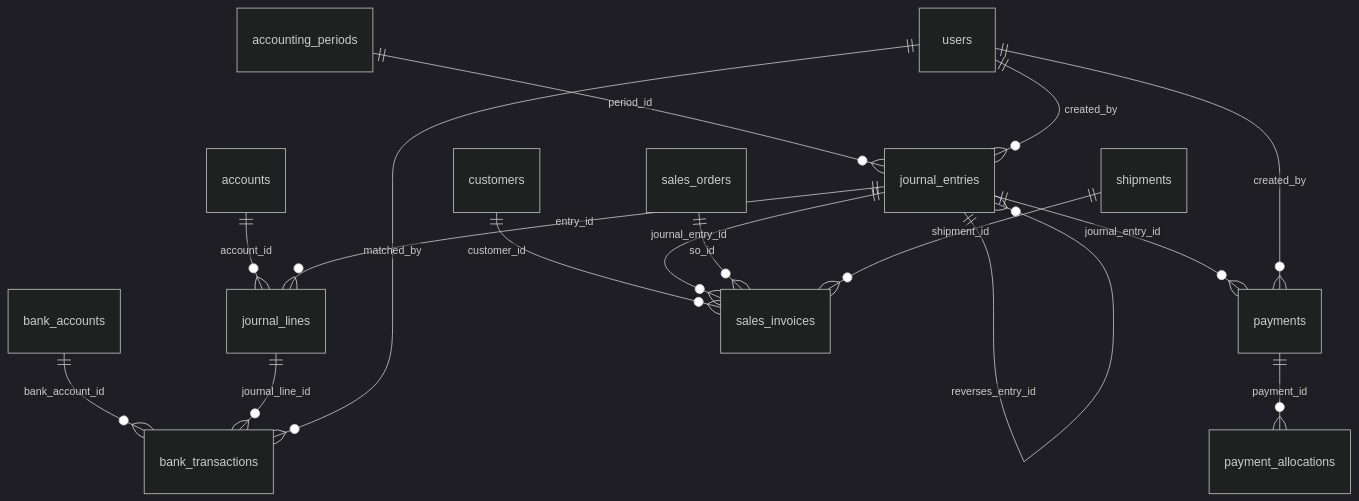
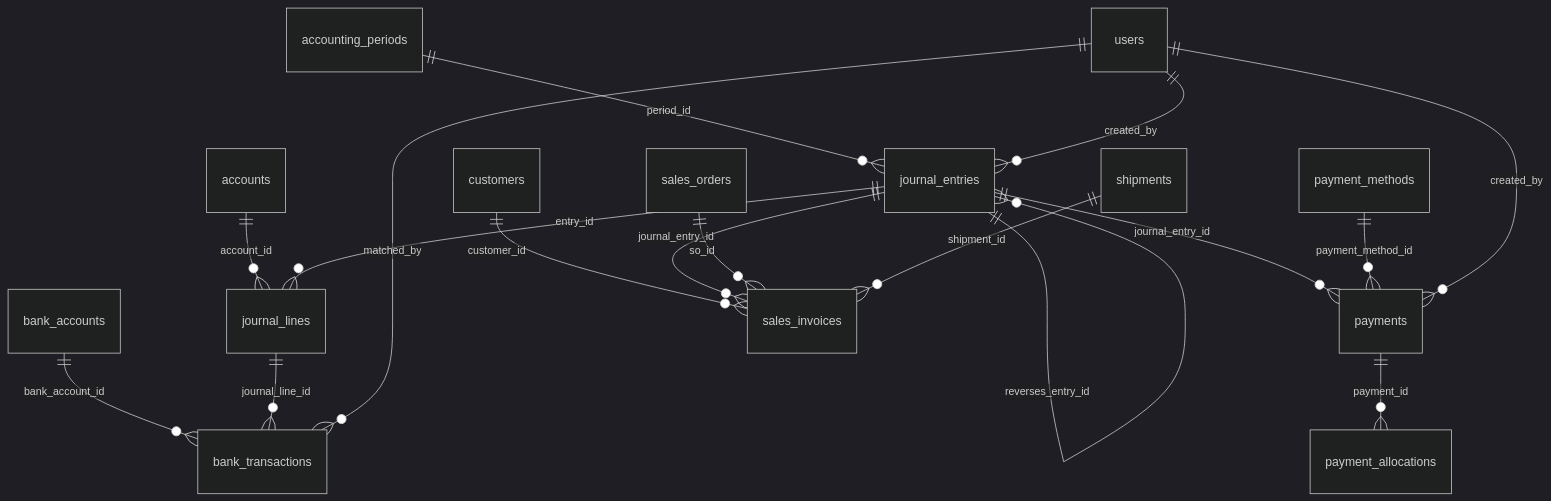
One commit to vatsal04-02/mintree changed diagram 12 of 16 in docs/ENTITY_RELATIONSHIP_MAP.md. Above: the diagram before and after it, drawn with Mermaid (dark theme). The commit also changed other lines of this file and 12 other files, not shown here.

````diff
--- a/docs/ENTITY_RELATIONSHIP_MAP.md
+++ b/docs/ENTITY_RELATIONSHIP_MAP.md
@@ -320,18 +338,19 @@
 ```mermaid
 erDiagram
     bank_accounts ||--o{ bank_transactions : "bank_account_id"
     journal_lines ||--o{ bank_transactions : "journal_line_id"
     users ||--o{ bank_transactions : "matched_by"
     accounting_periods ||--o{ journal_entries : "period_id"
     journal_entries ||--o{ journal_entries : "reverses_entry_id"
     users ||--o{ journal_entries : "created_by"
     accounts ||--o{ journal_lines : "account_id"
     journal_entries ||--o{ journal_lines : "entry_id"
     payments ||--o{ payment_allocations : "payment_id"
     journal_entries ||--o{ payments : "journal_entry_id"
+    payment_methods ||--o{ payments : "payment_method_id"
     users ||--o{ payments : "created_by"
     customers ||--o{ sales_invoices : "customer_id"
     journal_entries ||--o{ sales_invoices : "journal_entry_id"
     sales_orders ||--o{ sales_invoices : "so_id"
     shipments ||--o{ sales_invoices : "shipment_id"
 ```
````
